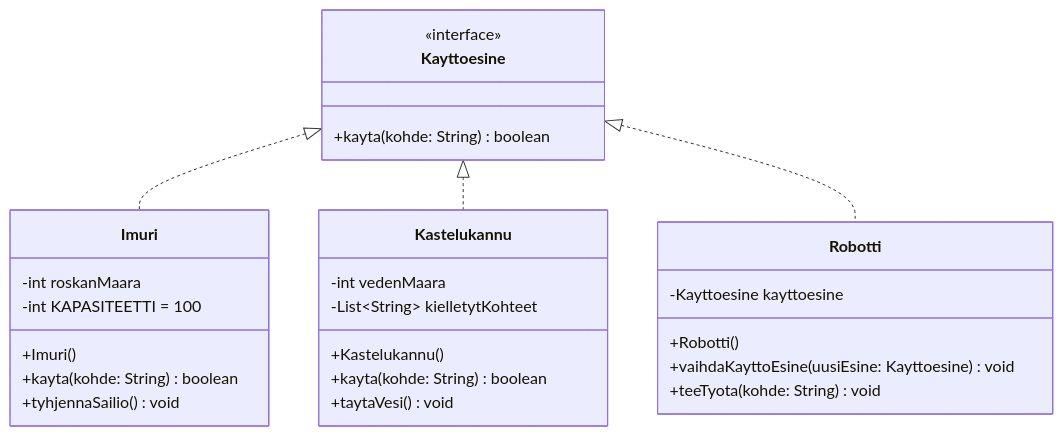
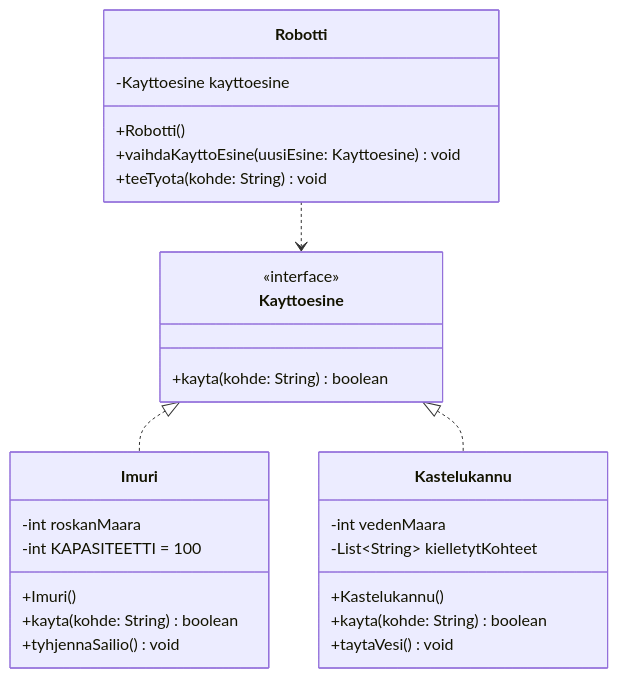
One commit to ohj-perus-jy/ohj2 changed the diagram in src/exercises/4-4-kotityorobotti/handout.md. Above: the diagram before and after it, drawn with Mermaid. The commit also changed other lines of this file and 26 other files, not shown here.

First line of the commit message:
Kaavioiden selitykset beautiful-mermaidin merkintöihin

````diff
--- a/src/exercises/4-4-kotityorobotti/handout.md
+++ b/src/exercises/4-4-kotityorobotti/handout.md
@@ -8,34 +8,34 @@
 ```mermaid
 classDiagram
 class Robotti {
     -Kayttoesine kayttoesine
     +Robotti()
     +vaihdaKayttoEsine(uusiEsine: Kayttoesine) void
     +teeTyota(kohde: String) void
 }
 
 class Kayttoesine {
     <<interface>>
     +kayta(kohde: String) boolean
 }
 
 class Imuri {
     -int roskanMaara
     -int KAPASITEETTI = 100
     +Imuri()
     +kayta(kohde: String) boolean
     +tyhjennaSailio() void
 }
 
 class Kastelukannu {
     -int vedenMaara
     -List~String~ kielletytKohteet
     +Kastelukannu()
     +kayta(kohde: String) boolean
     +taytaVesi() void
 }
 
+Robotti ..> Kayttoesine
 Kayttoesine <|.. Imuri
 Kayttoesine <|.. Kastelukannu
-Kayttoesine <|.. Robotti
 ```
````
